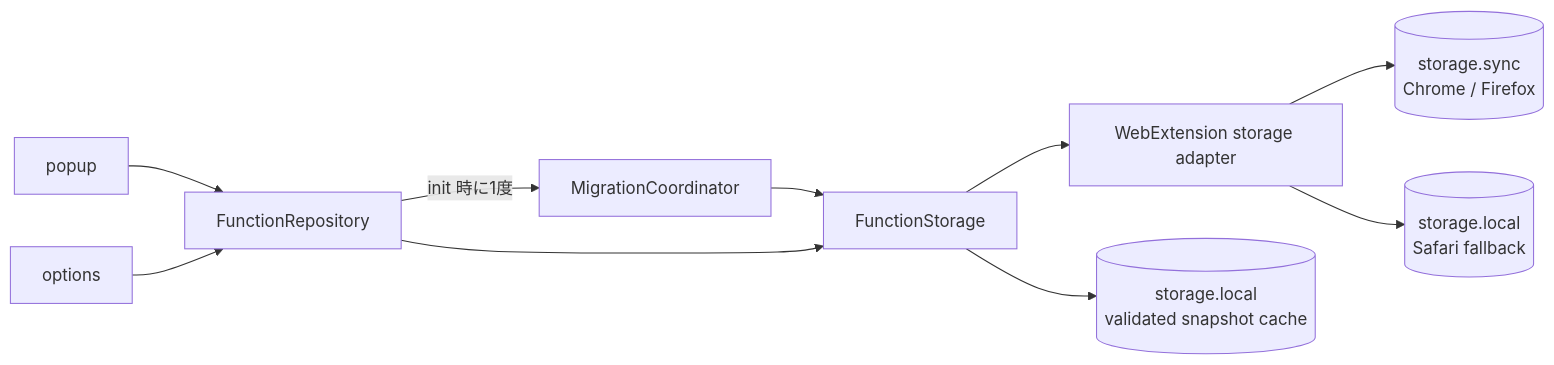
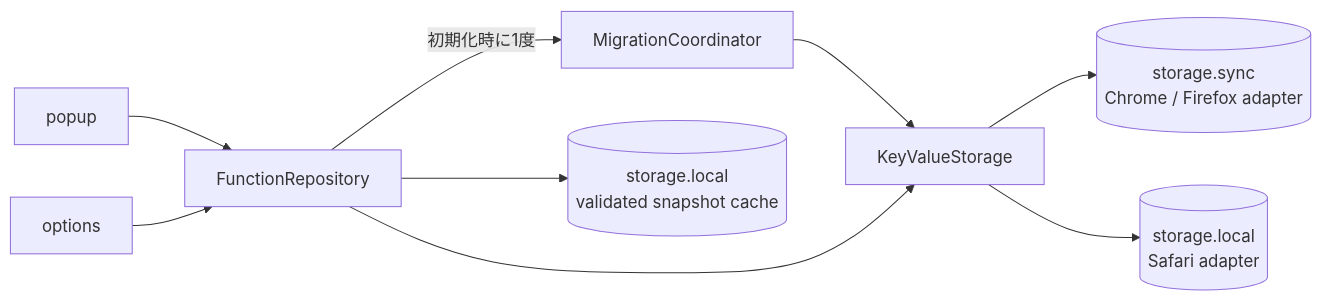
The third of 5 diagrams in docs/function-storage.md (pokutuna/chrome-cocopy), drawn with Mermaid before and after one commit. The commit also changed other lines of this file, not shown here.

First line of the commit message:
docs: rename FunctionRef to CopyFunctionRef and fact-check quotas

````diff
--- a/docs/function-storage.md
+++ b/docs/function-storage.md
@@ -177,12 +179,11 @@
 ```mermaid
 flowchart LR
   Popup[popup] --> Repository[FunctionRepository]
   Options[options] --> Repository
-  Repository -- init 時に1度 --> Migration[MigrationCoordinator]
-  Migration --> Store[FunctionStorage]
+  Repository -- 初期化時に1度 --> Migration[MigrationCoordinator]
+  Migration --> Store[KeyValueStorage]
   Repository --> Store
-  Store --> Adapter[WebExtension storage adapter]
-  Adapter --> Sync[(storage.sync<br/>Chrome / Firefox)]
-  Adapter --> SafariLocal[(storage.local<br/>Safari fallback)]
-  Store --> Cache[(storage.local<br/>validated snapshot cache)]
+  Store --> Sync[(storage.sync<br/>Chrome / Firefox adapter)]
+  Store --> SafariLocal[(storage.local<br/>Safari adapter)]
+  Repository --> Cache[(storage.local<br/>validated snapshot cache)]
 ```
````
